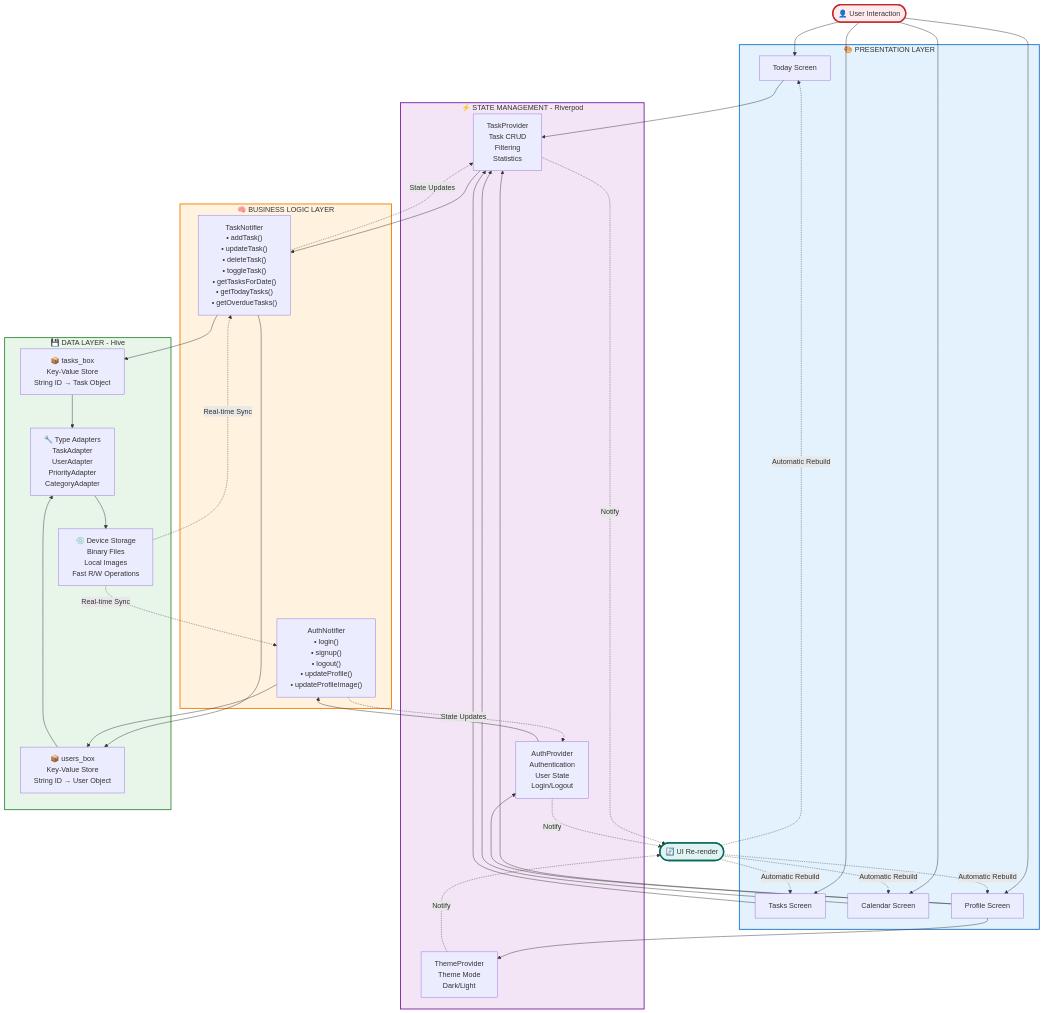
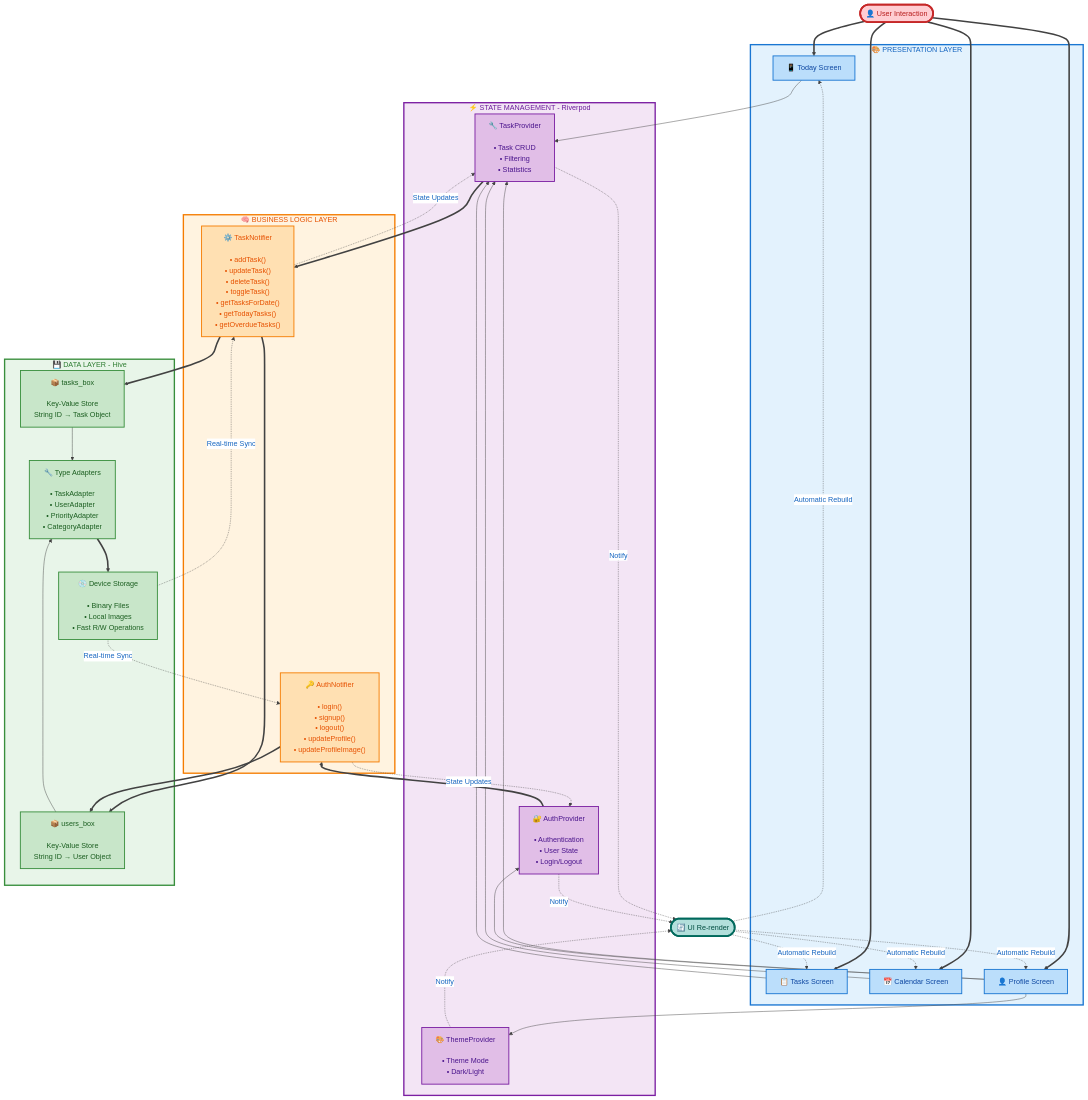
One commit to NshutiYvan10/todo_app changed the diagram in README.md. Above: the diagram before and after it, drawn with Mermaid.

Commit message:
Enhanced Data flow architecture

````diff
--- a/README.md
+++ b/README.md
@@ -259,37 +259,38 @@
 ```mermaid
+%%{init: {'theme':'base', 'themeVariables': { 'primaryColor':'#e3f2fd','primaryTextColor':'#1565c0','primaryBorderColor':'#1976d2','lineColor':'#424242','secondaryColor':'#f3e5f5','tertiaryColor':'#fff3e0','clusterBkg':'#fafafa','clusterBorder':'#9e9e9e','titleColor':'#212121','edgeLabelBackground':'#ffffff','nodeTextColor':'#212121'}}}%%
 graph TB
     subgraph Presentation["🎨 PRESENTATION LAYER"]
-        Today[Today Screen]
-        Tasks[Tasks Screen]
-        Calendar[Calendar Screen]
-        Profile[Profile Screen]
+        Today["📱 Today Screen"]
+        Tasks["📋 Tasks Screen"]
+        Calendar["📅 Calendar Screen"]
+        Profile["👤 Profile Screen"]
     end
 
     subgraph StateManagement["⚡ STATE MANAGEMENT - Riverpod"]
-        TaskProv[TaskProvider<br/>Task CRUD<br/>Filtering<br/>Statistics]
-        AuthProv[AuthProvider<br/>Authentication<br/>User State<br/>Login/Logout]
-        ThemeProv[ThemeProvider<br/>Theme Mode<br/>Dark/Light]
+        TaskProv["🔧 TaskProvider<br/><br/>• Task CRUD<br/>• Filtering<br/>• Statistics"]
+        AuthProv["🔐 AuthProvider<br/><br/>• Authentication<br/>• User State<br/>• Login/Logout"]
+        ThemeProv["🎨 ThemeProvider<br/><br/>• Theme Mode<br/>• Dark/Light"]
     end
 
     subgraph BusinessLogic["🧠 BUSINESS LOGIC LAYER"]
-        TaskNotifier["TaskNotifier<br/>• addTask()<br/>• updateTask()<br/>• deleteTask()<br/>• toggleTask()<br/>• getTasksForDate()<br/>• getTodayTasks()<br/>• getOverdueTasks()"]
-        AuthNotifier["AuthNotifier<br/>• login()<br/>• signup()<br/>• logout()<br/>• updateProfile()<br/>• updateProfileImage()"]
+        TaskNotifier["⚙️ TaskNotifier<br/><br/>• addTask()<br/>• updateTask()<br/>• deleteTask()<br/>• toggleTask()<br/>• getTasksForDate()<br/>• getTodayTasks()<br/>• getOverdueTasks()"]
+        AuthNotifier["🔑 AuthNotifier<br/><br/>• login()<br/>• signup()<br/>• logout()<br/>• updateProfile()<br/>• updateProfileImage()"]
     end
 
     subgraph DataLayer["💾 DATA LAYER - Hive"]
-        TasksBox["📦 tasks_box<br/>Key-Value Store<br/>String ID → Task Object"]
-        UsersBox["📦 users_box<br/>Key-Value Store<br/>String ID → User Object"]
-        Adapters["🔧 Type Adapters<br/>TaskAdapter<br/>UserAdapter<br/>PriorityAdapter<br/>CategoryAdapter"]
-        Storage["💿 Device Storage<br/>Binary Files<br/>Local Images<br/>Fast R/W Operations"]
+        TasksBox["📦 tasks_box<br/><br/>Key-Value Store<br/>String ID → Task Object"]
+        UsersBox["📦 users_box<br/><br/>Key-Value Store<br/>String ID → User Object"]
+        Adapters["🔧 Type Adapters<br/><br/>• TaskAdapter<br/>• UserAdapter<br/>• PriorityAdapter<br/>• CategoryAdapter"]
+        Storage["💿 Device Storage<br/><br/>• Binary Files<br/>• Local Images<br/>• Fast R/W Operations"]
     end
 
-    User([👤 User Interaction])
-    UIUpdate([🔄 UI Re-render])
+    User(["👤 User Interaction"])
+    UIUpdate(["🔄 UI Re-render"])
 
-    User --> Today
-    User --> Tasks
-    User --> Calendar
-    User --> Profile
+    User ==> Today
+    User ==> Tasks
+    User ==> Calendar
+    User ==> Profile
 
     Today --> TaskProv
     Tasks --> TaskProv
@@ -298,16 +299,16 @@
     Profile --> AuthProv
     Profile --> ThemeProv
 
-    TaskProv --> TaskNotifier
-    AuthProv --> AuthNotifier
+    TaskProv ==> TaskNotifier
+    AuthProv ==> AuthNotifier
 
-    TaskNotifier --> TasksBox
-    TaskNotifier --> UsersBox
-    AuthNotifier --> UsersBox
+    TaskNotifier ==> TasksBox
+    TaskNotifier ==> UsersBox
+    AuthNotifier ==> UsersBox
 
     TasksBox --> Adapters
     UsersBox --> Adapters
-    Adapters --> Storage
+    Adapters ==> Storage
 
     Storage -.Real-time Sync.-> TaskNotifier
     Storage -.Real-time Sync.-> AuthNotifier
@@ -324,10 +325,28 @@
     UIUpdate -.Automatic Rebuild.-> Calendar
     UIUpdate -.Automatic Rebuild.-> Profile
 
-    style Presentation fill:#e3f2fd,stroke:#1976d2,stroke-width:2px
-    style StateManagement fill:#f3e5f5,stroke:#7b1fa2,stroke-width:2px
-    style BusinessLogic fill:#fff3e0,stroke:#f57c00,stroke-width:2px
-    style DataLayer fill:#e8f5e9,stroke:#388e3c,stroke-width:2px
-    style User fill:#ffebee,stroke:#c62828,stroke-width:3px
-    style UIUpdate fill:#e0f2f1,stroke:#00695c,stroke-width:3px
+    style Presentation fill:#e3f2fd,stroke:#1976d2,stroke-width:3px,color:#1565c0
+    style StateManagement fill:#f3e5f5,stroke:#7b1fa2,stroke-width:3px,color:#6a1b9a
+    style BusinessLogic fill:#fff3e0,stroke:#f57c00,stroke-width:3px,color:#e65100
+    style DataLayer fill:#e8f5e9,stroke:#388e3c,stroke-width:3px,color:#2e7d32
+    
+    style Today fill:#bbdefb,stroke:#1976d2,stroke-width:2px,color:#0d47a1
+    style Tasks fill:#bbdefb,stroke:#1976d2,stroke-width:2px,color:#0d47a1
+    style Calendar fill:#bbdefb,stroke:#1976d2,stroke-width:2px,color:#0d47a1
+    style Profile fill:#bbdefb,stroke:#1976d2,stroke-width:2px,color:#0d47a1
+    
+    style TaskProv fill:#e1bee7,stroke:#7b1fa2,stroke-width:2px,color:#4a148c
+    style AuthProv fill:#e1bee7,stroke:#7b1fa2,stroke-width:2px,color:#4a148c
+    style ThemeProv fill:#e1bee7,stroke:#7b1fa2,stroke-width:2px,color:#4a148c
+    
+    style TaskNotifier fill:#ffe0b2,stroke:#f57c00,stroke-width:2px,color:#e65100
+    style AuthNotifier fill:#ffe0b2,stroke:#f57c00,stroke-width:2px,color:#e65100
+    
+    style TasksBox fill:#c8e6c9,stroke:#388e3c,stroke-width:2px,color:#1b5e20
+    style UsersBox fill:#c8e6c9,stroke:#388e3c,stroke-width:2px,color:#1b5e20
+    style Adapters fill:#c8e6c9,stroke:#388e3c,stroke-width:2px,color:#1b5e20
+    style Storage fill:#c8e6c9,stroke:#388e3c,stroke-width:2px,color:#1b5e20
+    
+    style User fill:#ffcdd2,stroke:#c62828,stroke-width:4px,color:#b71c1c
+    style UIUpdate fill:#b2dfdb,stroke:#00695c,stroke-width:4px,color:#004d40
 ```
````
